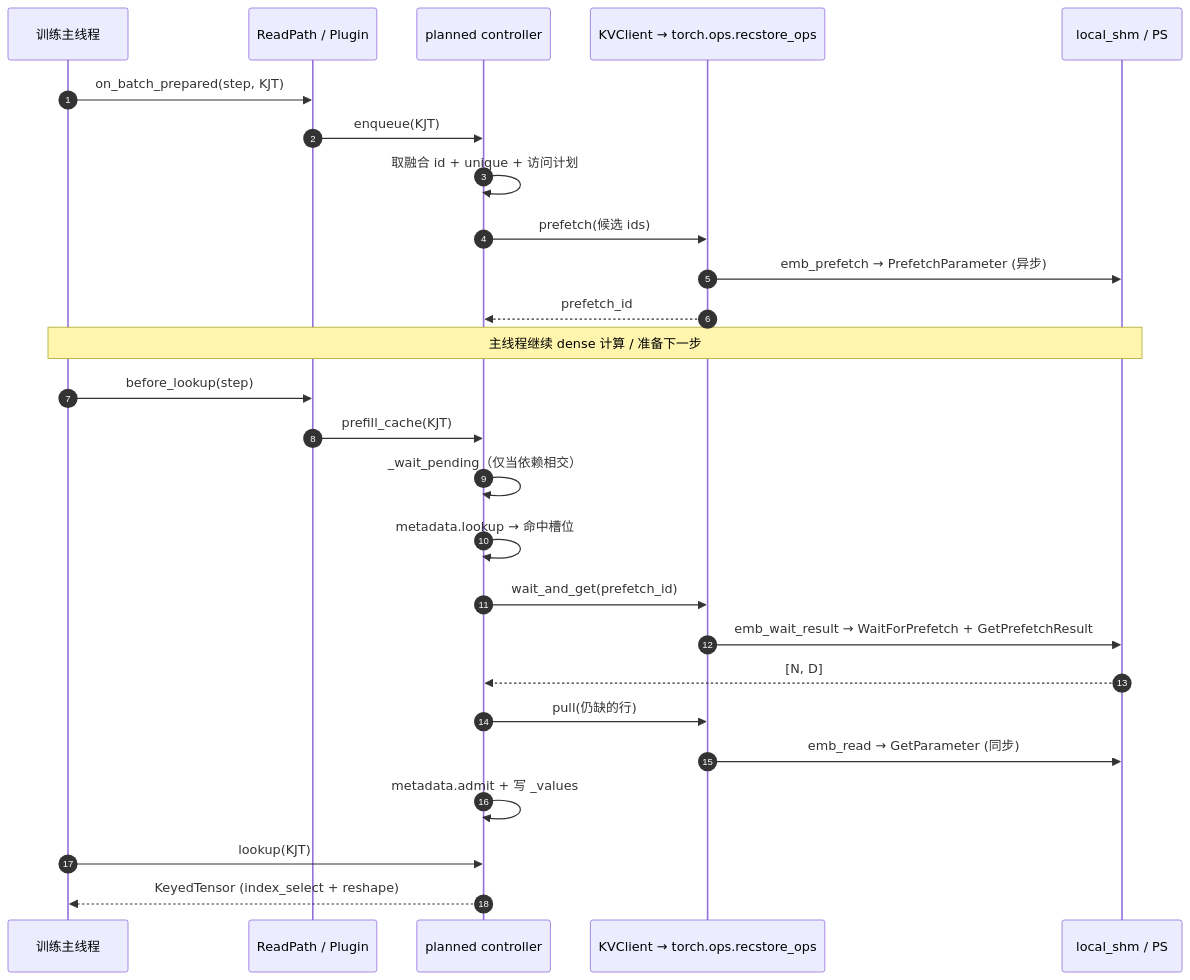
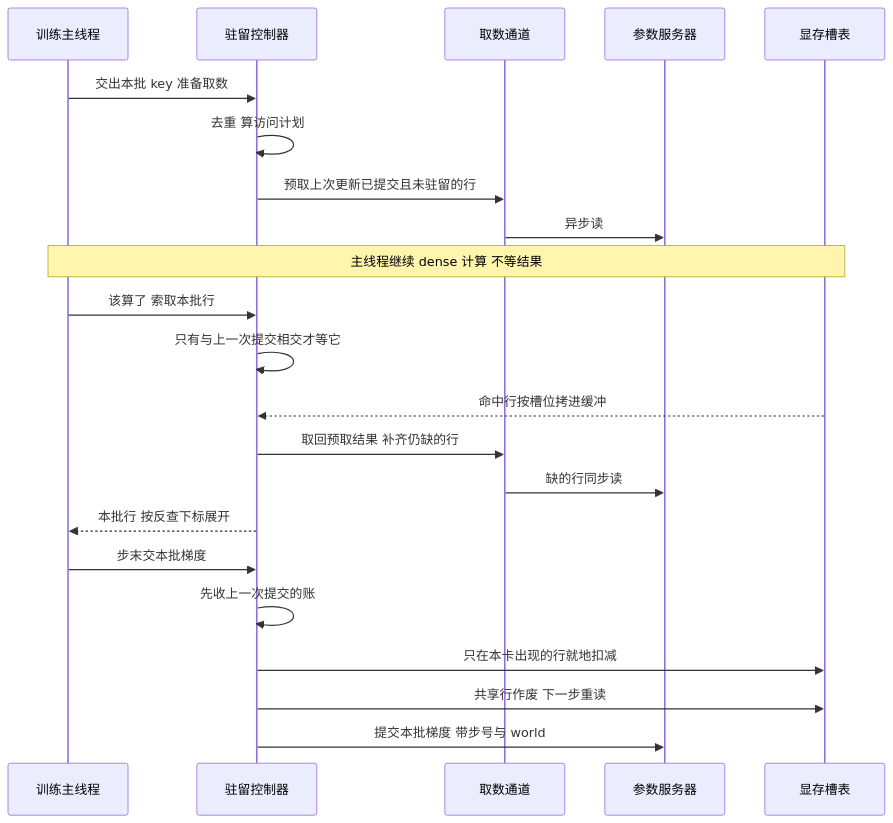
Before and after one commit to wurenrumian/rs-arch: the second of 3 diagrams in docs/ch02/bagpipe.md, drawn with Mermaid. The commit also changed other lines of this file and 52 other files, not shown here.

First line of the commit message:
docs: add diagrams and plain-language explanations across the site

````diff
--- a/docs/ch02/bagpipe.md
+++ b/docs/ch02/bagpipe.md
@@ -37,29 +37,24 @@
 ```mermaid
 sequenceDiagram
-  autonumber
   participant T as 训练主线程
-  participant RP as ReadPath / Plugin
-  participant BP as planned controller
-  participant EB as KVClient → torch.ops.recstore_ops
-  participant SHM as local_shm / PS
-
-  T->>RP: on_batch_prepared(step, KJT)
-  RP->>BP: enqueue(KJT)
-  BP->>BP: 取融合 id + unique + 访问计划
-  BP->>EB: prefetch(候选 ids)
-  EB->>SHM: emb_prefetch → PrefetchParameter (异步)
-  EB-->>BP: prefetch_id
-  Note over T,SHM: 主线程继续 dense 计算 / 准备下一步
-  T->>RP: before_lookup(step)
-  RP->>BP: prefill_cache(KJT)
-  BP->>BP: _wait_pending（仅当依赖相交）
-  BP->>BP: metadata.lookup → 命中槽位
-  BP->>EB: wait_and_get(prefetch_id)
-  EB->>SHM: emb_wait_result → WaitForPrefetch + GetPrefetchResult
-  SHM-->>BP: [N, D]
-  BP->>EB: pull(仍缺的行)
-  EB->>SHM: emb_read → GetParameter (同步)
-  BP->>BP: metadata.admit + 写 _values
-  T->>BP: lookup(KJT)
-  BP-->>T: KeyedTensor (index_select + reshape)
+  participant B as 驻留控制器
+  participant K as 取数通道
+  participant S as 参数服务器
+  participant G as 显存槽表
+  T->>B: 交出本批 key 准备取数
+  B->>B: 去重 算访问计划
+  B->>K: 预取上次更新已提交且未驻留的行
+  K->>S: 异步读
+  Note over T,G: 主线程继续 dense 计算 不等结果
+  T->>B: 该算了 索取本批行
+  B->>B: 只有与上一次提交相交才等它
+  G-->>B: 命中行按槽位拷进缓冲
+  B->>K: 取回预取结果 补齐仍缺的行
+  K->>S: 缺的行同步读
+  B-->>T: 本批行 按反查下标展开
+  T->>B: 步末交本批梯度
+  B->>B: 先收上一次提交的账
+  B->>G: 只在本卡出现的行就地扣减
+  B->>G: 共享行作废 下一步重读
+  B->>S: 提交本批梯度 带步号与 world
 ```
````
